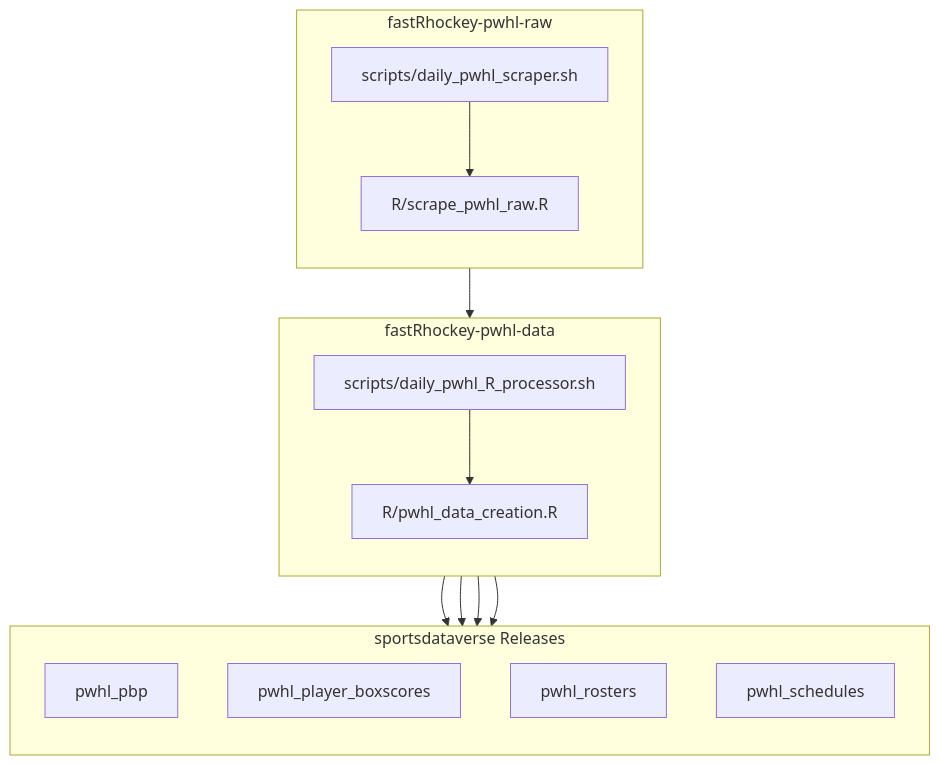
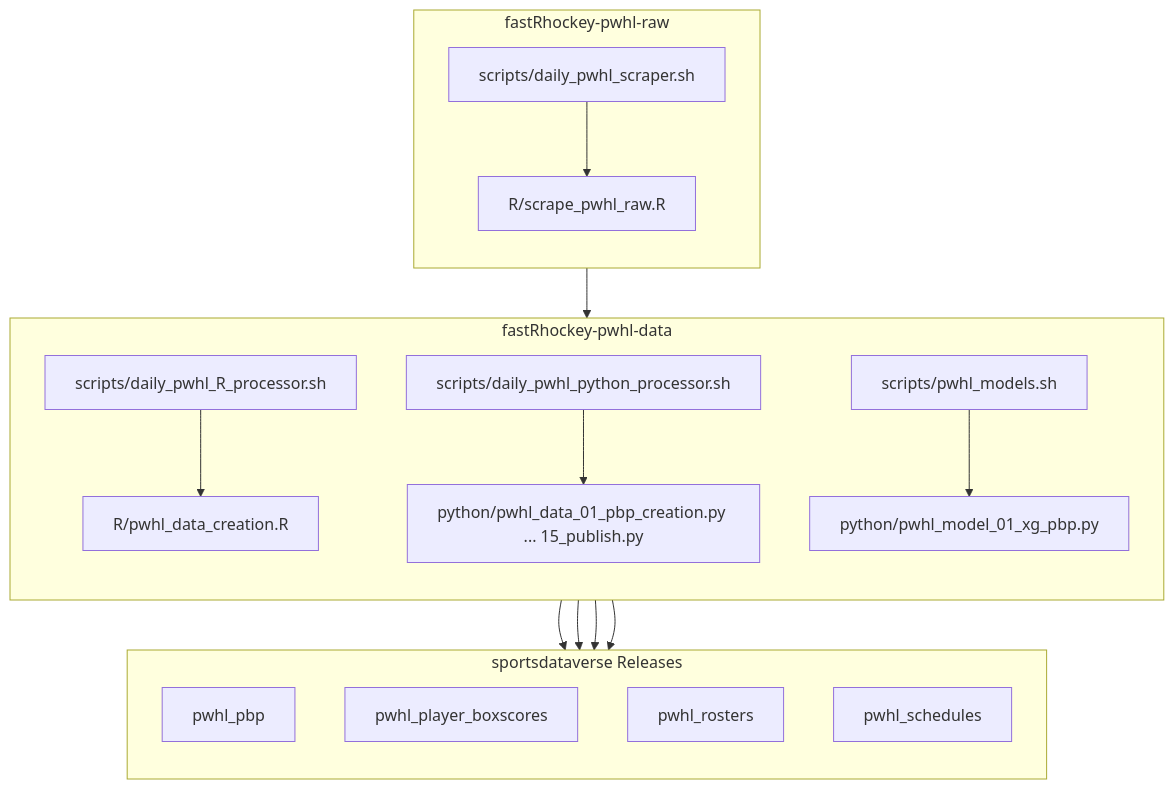
The second of 2 diagrams in README.md (sportsdataverse/fastRhockey-pwhl-data), drawn with Mermaid before and after one commit.

Commit message:
docs(readme): python data/model pipeline branches in workflow diagram

````diff
--- a/README.md
+++ b/README.md
@@ -17,32 +17,34 @@
 ```mermaid
 flowchart TB;
     subgraph A[fastRhockey-pwhl-raw];
         direction TB;
         A1[scripts/daily_pwhl_scraper.sh]-->A2[R/scrape_pwhl_raw.R];
     end;
 
     subgraph B[fastRhockey-pwhl-data];
         direction TB;
         B1[scripts/daily_pwhl_R_processor.sh]-->B2[R/pwhl_data_creation.R];
+        B3[scripts/daily_pwhl_python_processor.sh]-->B4[python/pwhl_data_01_pbp_creation.py ... 15_publish.py];
+        B5[scripts/pwhl_models.sh]-->B6[python/pwhl_model_01_xg_pbp.py];
     end;
 
     subgraph C[sportsdataverse Releases];
         direction TB;
         C1[pwhl_pbp];
         C2[pwhl_player_boxscores];
         C3[pwhl_rosters];
         C4[pwhl_schedules];
     end;
 
     A-->B;
     B-->C1;
     B-->C2;
     B-->C3;
     B-->C4;
 
     click C1 "https://github.com/sportsdataverse/sportsdataverse-data/releases/tag/pwhl_pbp" _blank;
     click C2 "https://github.com/sportsdataverse/sportsdataverse-data/releases/tag/pwhl_player_boxscores" _blank;
     click C3 "https://github.com/sportsdataverse/sportsdataverse-data/releases/tag/pwhl_rosters" _blank;
     click C4 "https://github.com/sportsdataverse/sportsdataverse-data/releases/tag/pwhl_schedules" _blank;
 
 ```
````
